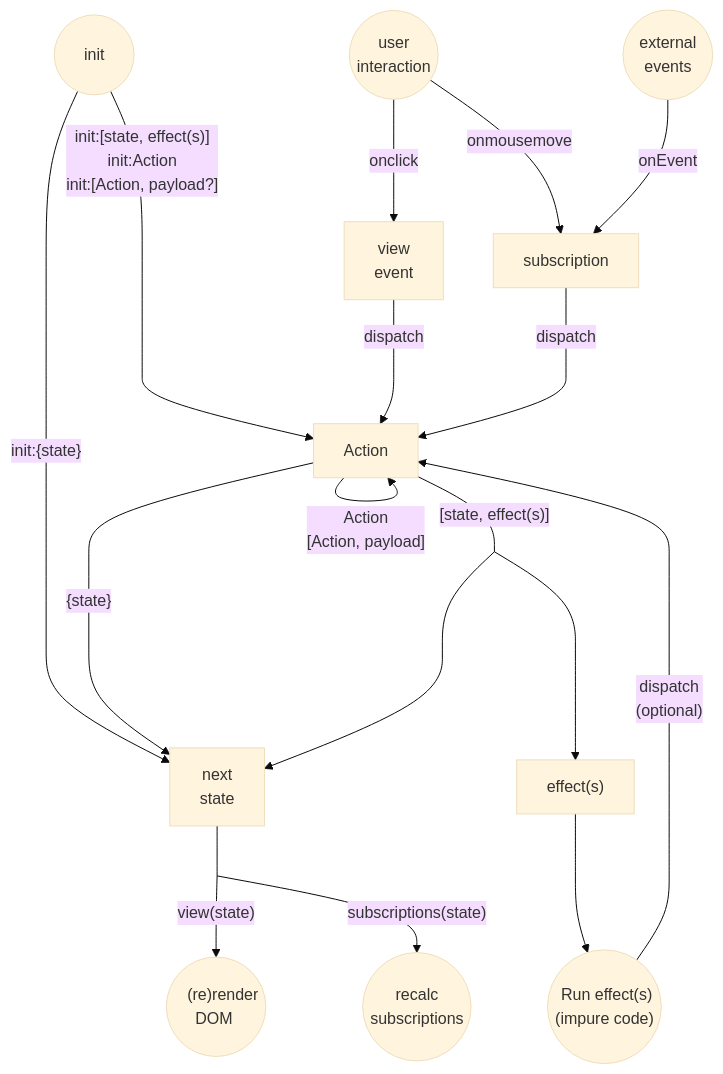
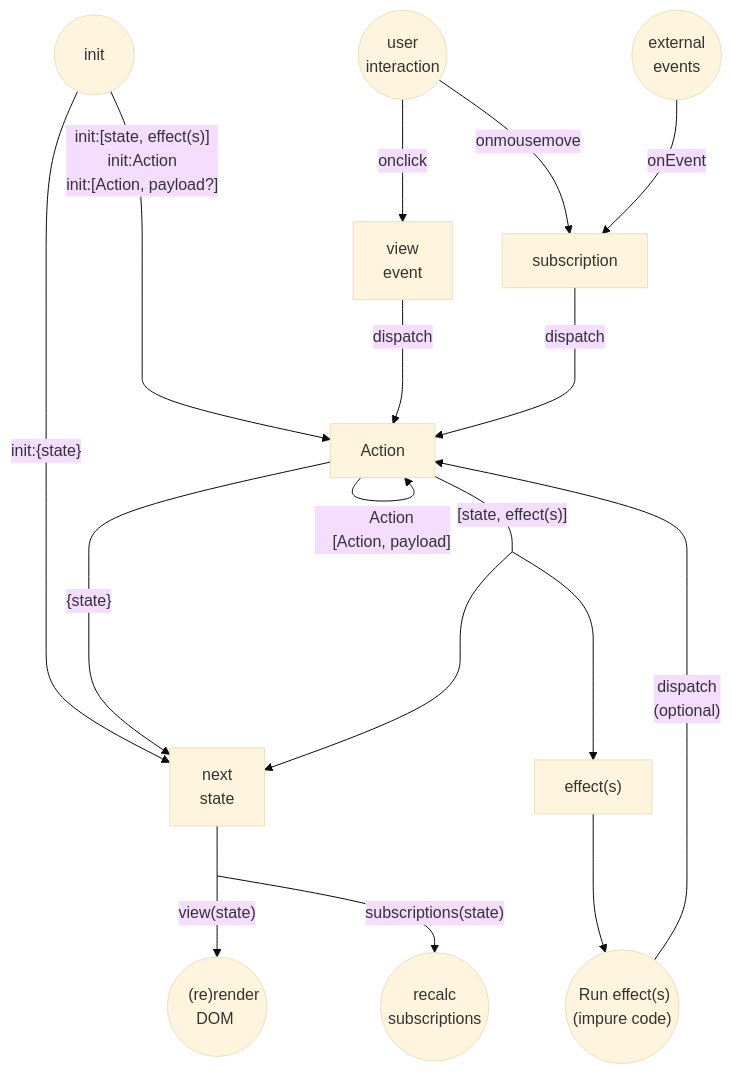
Before and after one commit to jorgebucaran/hyperapp: the diagram in docs/architecture/flowchart.md, drawn with Mermaid (base theme).

````diff
--- a/docs/architecture/flowchart.md
+++ b/docs/architecture/flowchart.md
@@ -1,32 +1,32 @@
 ```mermaid
 graph TD
     userInteraction((user<br/>interaction)) -->|onclick| viewEvent[view<br/>event]
     init(("&nbsp;&nbsp;&nbsp;&nbsp;&nbsp;init&nbsp;&nbsp;&nbsp;&nbsp;&nbsp;"))
     init --> |"init:{state}"|nextState
     userInteraction -->|onmousemove| subscription
     init --- |"init:[state, effect(s)]<br/>init:Action<br/>init:[Action, payload?]"|j0[ ]
     j0 --- j8[ ] --> Action
     viewEvent --- |dispatch|j6[ ] --> Action
     externalEvents(("&nbsp;&nbsp;external&nbsp;&nbsp;<br/>events")) -->|onEvent| subscription
     subscription --- |dispatch|j7[ ] -->Action
-    Action -->|"Action<br/>[Action, payload]"|Action
+    Action -->|"&nbsp;&nbsp;&nbsp;&nbsp;Action<br/>&nbsp;&nbsp;&nbsp;&nbsp;[Action, payload]"|Action
     Action --> |"{state}"| nextState[next<br/>state]
     Action --- |"[state, effect(s)]"|j3[ ]
     j3 --- j10[ ] --> nextState
     j3 --- j4[ ] --> effect["effect(s)"]
     effect --- j13[ ] --> runEffect(("&nbsp;Run effect(s)<br/>(impure code)"))
     runEffect --> |"dispatch<br/>(optional)"|Action
     nextState --- j5[ ]
     j5 --> |"view(state)"|newDom(("&nbsp;&nbsp;&nbsp;(re)render<br/>&nbsp;&nbsp;DOM&nbsp;&nbsp;&nbsp;"))
     j5 --> |"subscriptions(state)"|recalcSubs((recalc<br/>subscriptions))
     
     style j0 height:0px;
     style j3 height:0px;
     style j4 height:0px;
     style j5 height:0px;
     style j6 height:0px;
     style j7 height:0px;
     style j8 height:0px;
     style j10 height:0px;
     style j13 height:0px;
 ```
````
